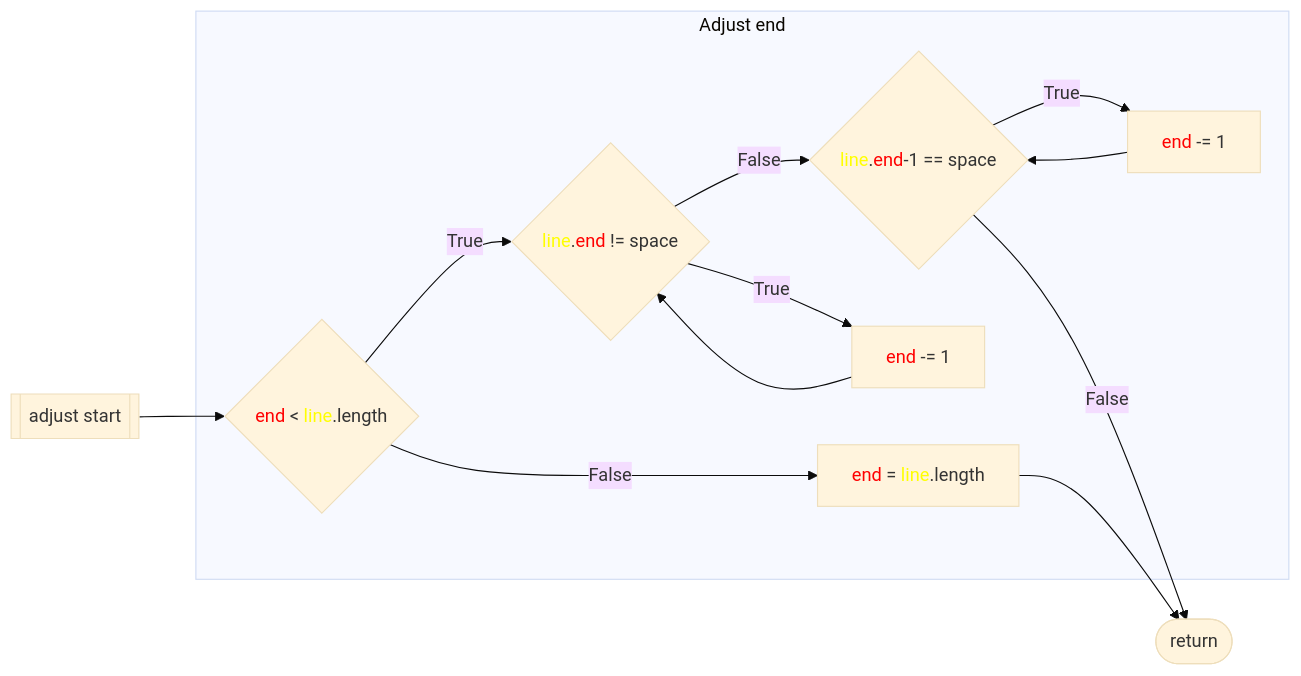
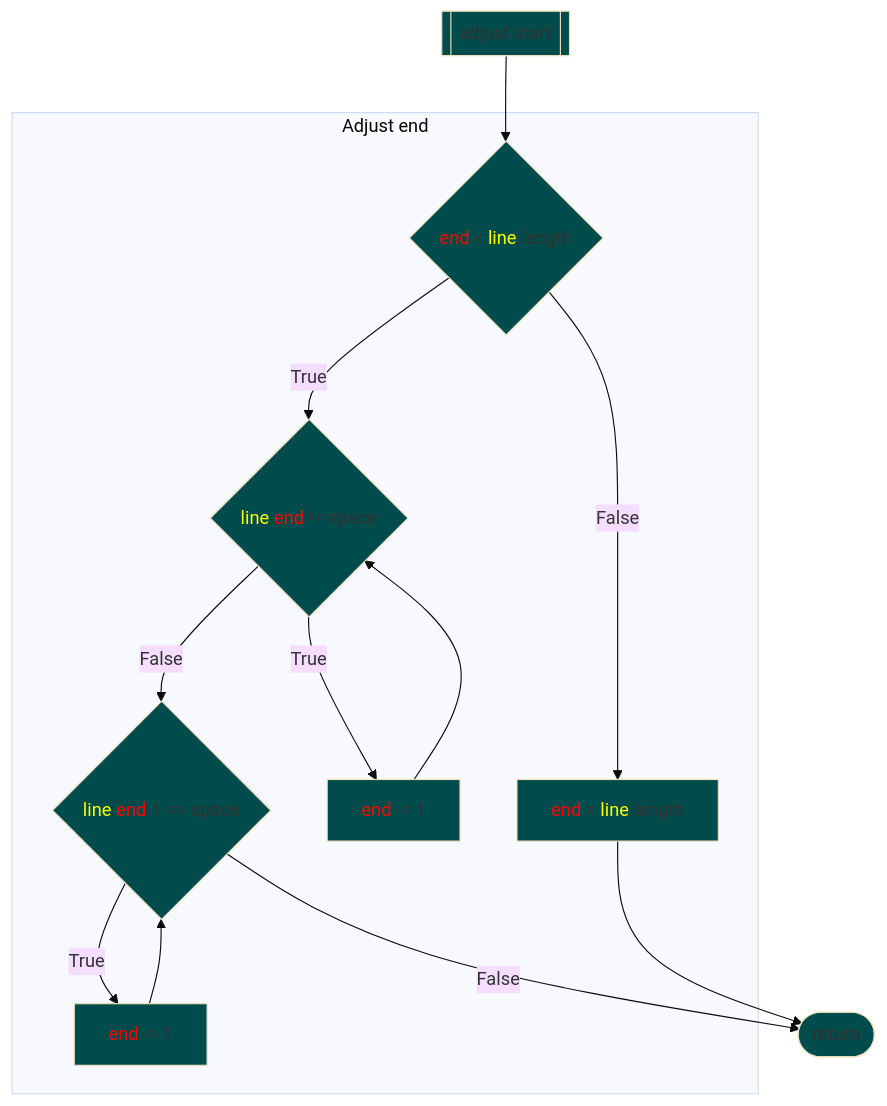
One commit to 7s4e/p3 changed the tenth of 20 diagrams in scripts/table/design.md. Above: the diagram before and after it, drawn with Mermaid (base theme). The commit also changed other lines of this file, not shown here.

````diff
--- a/scripts/table/design.md
+++ b/scripts/table/design.md
@@ -295,27 +293,28 @@
 ```mermaid
-flowchart LR
-    AJS[[adjust start]]
+flowchart
+    classDef fill fill:#004c4c
+    AJS[[adjust start]]:::fill
         AJS --> EIL
     subgraph end [Adjust end]
         EIL{"<span style='color:red;'>end</span> < <span style='color:yellow;'
-                 >line</span>.length"}
+                 >line</span>.length"}:::fill
             EIL -- True  --> WNS
             EIL -- False --> ELL
         WNS{"<span style='color:yellow;'>line</span>.<span style=
-                 'color:red;'>end</span> != space"}
+                 'color:red;'>end</span> != space"}:::fill
             WNS -- True  --> ML1
             ML1          --> WNS
             WNS -- False --> WLS
         WLS{"<span style='color:yellow;'>line</span>.<span style=
-                 'color:red;'>end</span>-1 == space"}
+                 'color:red;'>end</span>-1 == space"}:::fill
             WLS -- True --> ML2
             ML2         --> WLS
-        ML1["<span style='color:red;'>end</span> -= 1"]
-        ML2["<span style='color:red;'>end</span> -= 1"]
+        ML1["<span style='color:red;'>end</span> -= 1"]:::fill
+        ML2["<span style='color:red;'>end</span> -= 1"]:::fill
         ELL["<span style='color:red;'>end</span> = <span style=
-                 'color:yellow;'>line</span>.length"]
+                 'color:yellow;'>line</span>.length"]:::fill
     end
-    RTN([return])
+    RTN([return]):::fill
             WLS -- False --> RTN
             ELL --> RTN
 ```
````
